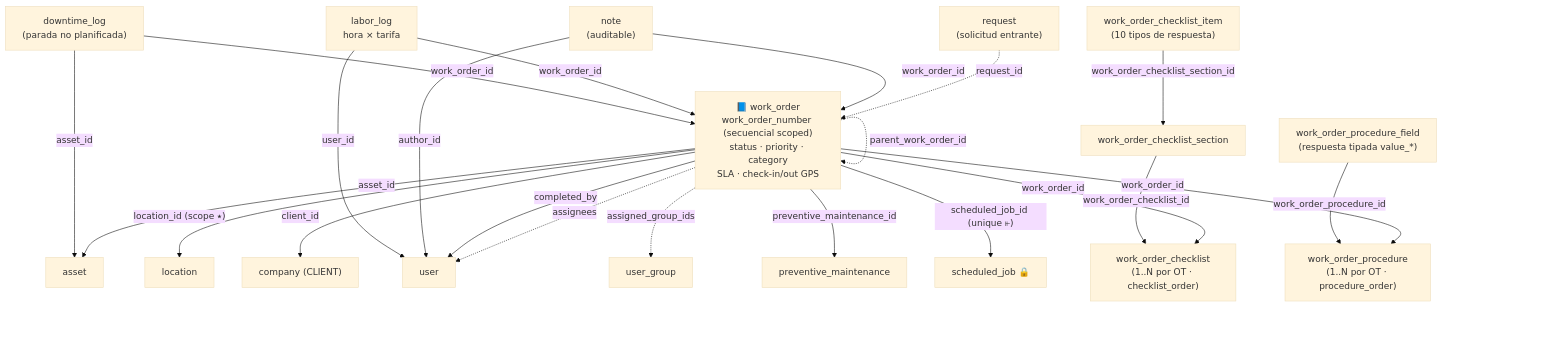
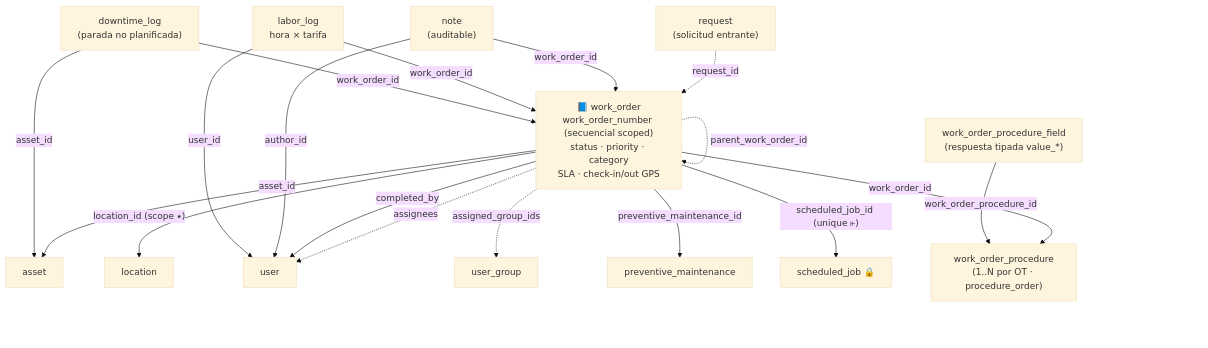
One commit to metritechnology/metri-engine changed the second of 5 diagrams in docs/reference/diagrama-modelo-datos.md. Above: the diagram before and after it, drawn with Mermaid (base theme). The commit also changed other lines of this file and 25 other files, not shown here.

````diff
--- a/docs/reference/diagrama-modelo-datos.md
+++ b/docs/reference/diagrama-modelo-datos.md
@@ -73,34 +73,28 @@
 ```mermaid
 flowchart TB
     REQ["request<br/>(solicitud entrante)"] -. request_id .-> WO
 
     WO["📘 work_order<br/>work_order_number (secuencial scoped)<br/>status · priority · category<br/>SLA · check-in/out GPS"]
     WO -. parent_work_order_id .-> WO
 
     WO -->|"asset_id"| ASSET["asset"]
     WO -->|"location_id (scope ⭑)"| LOC["location"]
-    WO -->|"client_id"| CO["company (CLIENT)"]
     WO -. "assignees" .-> U["user"]
     WO -. "assigned_group_ids" .-> UG["user_group"]
     WO -->|"preventive_maintenance_id"| PM["preventive_maintenance"]
     WO -->|"scheduled_job_id (unique ⫦)"| SJ["scheduled_job 🔒"]
     WO -->|"completed_by"| U
 
     NOTE["note<br/>(auditable)"] -->|"work_order_id"| WO
     NOTE -->|"author_id"| U
 
     LL["labor_log<br/>hora × tarifa"] -->|"work_order_id"| WO
     LL -->|"user_id"| U
 
-    WCL["work_order_checklist<br/>(1..N por OT · checklist_order)"]
-    WO -->|"work_order_id"| WCL
-    WCLS["work_order_checklist_section"] -->|"work_order_checklist_id"| WCL
-    WCLI["work_order_checklist_item<br/>(10 tipos de respuesta)"] -->|"work_order_checklist_section_id"| WCLS
-
     WPROC["work_order_procedure<br/>(1..N por OT · procedure_order)"]
     WO -->|"work_order_id"| WPROC
     WPF["work_order_procedure_field<br/>(respuesta tipada value_*)"] -->|"work_order_procedure_id"| WPROC
 
     DT["downtime_log<br/>(parada no planificada)"] -->|"work_order_id"| WO
     DT -->|"asset_id"| ASSET
 ```
````
